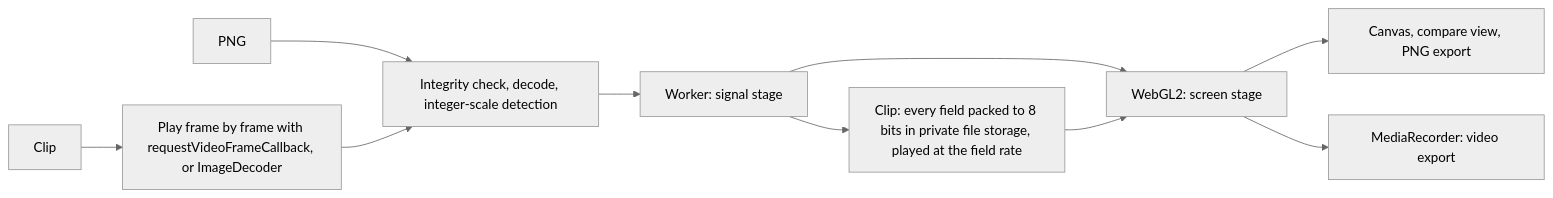
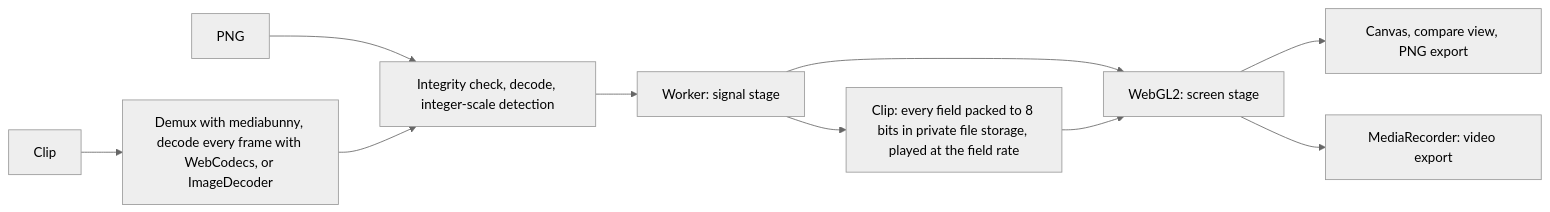
One commit to gufranco/nijimi changed the diagram in REFERENCE.md. Above: the diagram before and after it, drawn with Mermaid (neutral theme). The commit also changed other lines of this file and 16 other files, not shown here.

First line of the commit message:
fix: decode every video frame with WebCodecs

````diff
--- a/REFERENCE.md
+++ b/REFERENCE.md
@@ -7,12 +7,12 @@
 ```mermaid
 flowchart LR
   A[PNG] --> B[Integrity check, decode, integer-scale detection]
-  V[Clip] --> W[Play frame by frame with requestVideoFrameCallback, or ImageDecoder]
+  V[Clip] --> W[Demux with mediabunny, decode every frame with WebCodecs, or ImageDecoder]
   W --> B
   B --> C[Worker: signal stage]
   C --> D[WebGL2: screen stage]
   D --> E[Canvas, compare view, PNG export]
   C --> P[Clip: every field packed to 8 bits in private file storage, played at the field rate]
   P --> D
   D --> R[MediaRecorder: video export]
 ```
````
